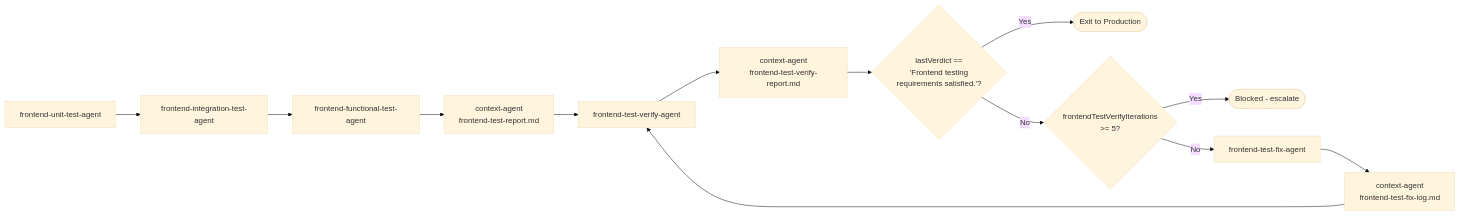
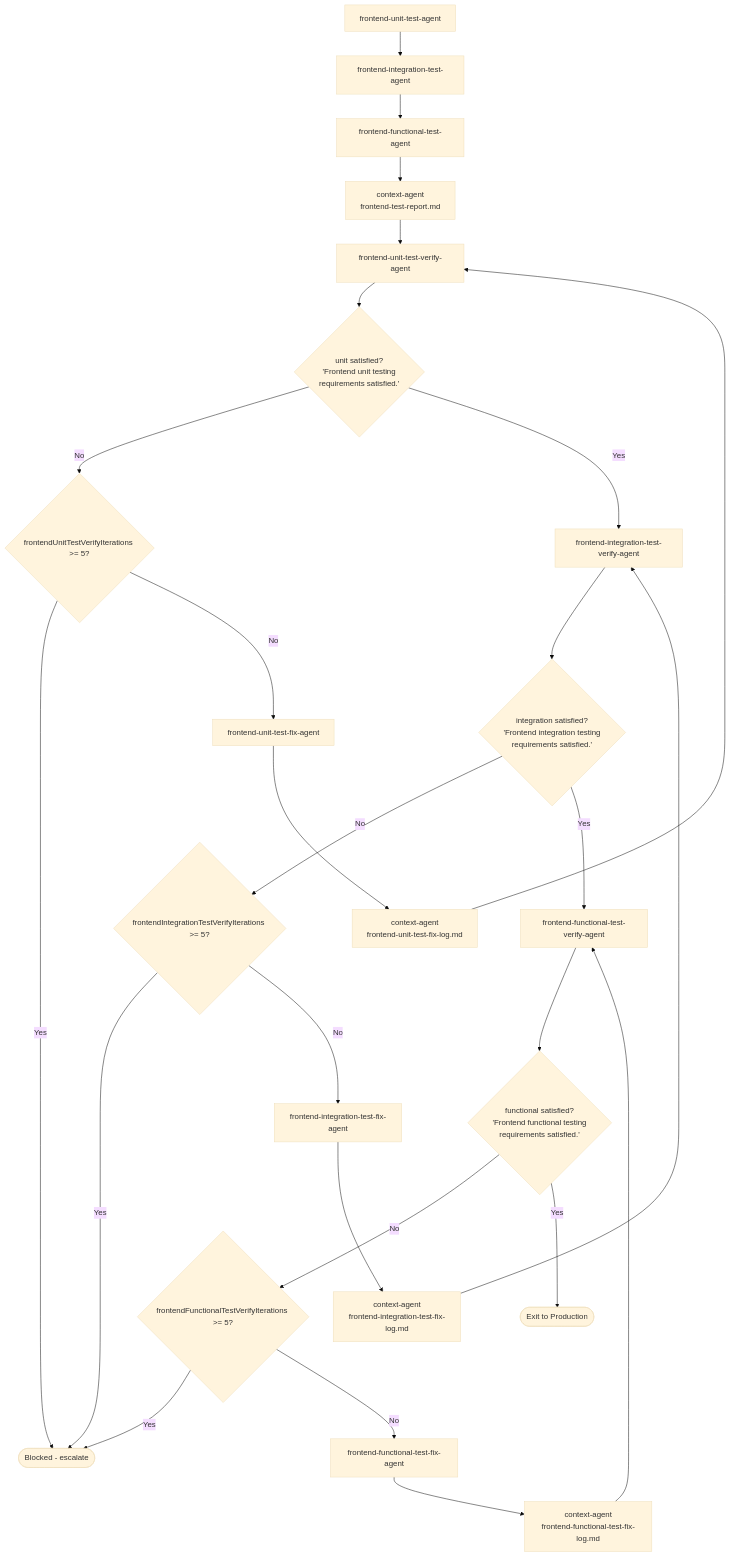
Before and after one commit to priyam-qo-box/agents: the sixth of 11 diagrams in .cursor/agents/ARCHITECTURE.md, drawn with Mermaid (base theme). The commit also changed other lines of this file and 28 other files, not shown here.

````diff
--- a/.cursor/agents/ARCHITECTURE.md
+++ b/.cursor/agents/ARCHITECTURE.md
@@ -175,14 +235,24 @@
 ```mermaid
-flowchart LR
+flowchart TB
     G1[frontend-unit-test-agent] --> G2[frontend-integration-test-agent] --> G3[frontend-functional-test-agent]
     G3 --> P["context-agent<br/>frontend-test-report.md"]
-    P --> A[frontend-test-verify-agent]
-    A --> B["context-agent<br/>frontend-test-verify-report.md"]
-    B --> C{"lastVerdict ==<br/>'Frontend testing<br/>requirements satisfied.'?"}
-    C -->|Yes| Exit([Exit to Production])
-    C -->|No| D{frontendTestVerifyIterations<br/>>= 5?}
-    D -->|Yes| Stop([Blocked - escalate])
-    D -->|No| E[frontend-test-fix-agent]
-    E --> F["context-agent<br/>frontend-test-fix-log.md"]
-    F --> A
+
+    P --> UA[frontend-unit-test-verify-agent]
+    UA --> UB{"unit satisfied?<br/>'Frontend unit testing<br/>requirements satisfied.'"}
+    UB -->|No| UD{frontendUnitTestVerifyIterations >= 5?}
+    UD -->|Yes| Stop([Blocked - escalate])
+    UD -->|No| UE[frontend-unit-test-fix-agent] --> UF["context-agent<br/>frontend-unit-test-fix-log.md"] --> UA
+    UB -->|Yes| IA[frontend-integration-test-verify-agent]
+
+    IA --> IB{"integration satisfied?<br/>'Frontend integration testing<br/>requirements satisfied.'"}
+    IB -->|No| ID{frontendIntegrationTestVerifyIterations >= 5?}
+    ID -->|Yes| Stop
+    ID -->|No| IE[frontend-integration-test-fix-agent] --> IF["context-agent<br/>frontend-integration-test-fix-log.md"] --> IA
+    IB -->|Yes| FA[frontend-functional-test-verify-agent]
+
+    FA --> FB{"functional satisfied?<br/>'Frontend functional testing<br/>requirements satisfied.'"}
+    FB -->|No| FD{frontendFunctionalTestVerifyIterations >= 5?}
+    FD -->|Yes| Stop
+    FD -->|No| FE[frontend-functional-test-fix-agent] --> FF["context-agent<br/>frontend-functional-test-fix-log.md"] --> FA
+    FB -->|Yes| Exit([Exit to Production])
 ```
````
